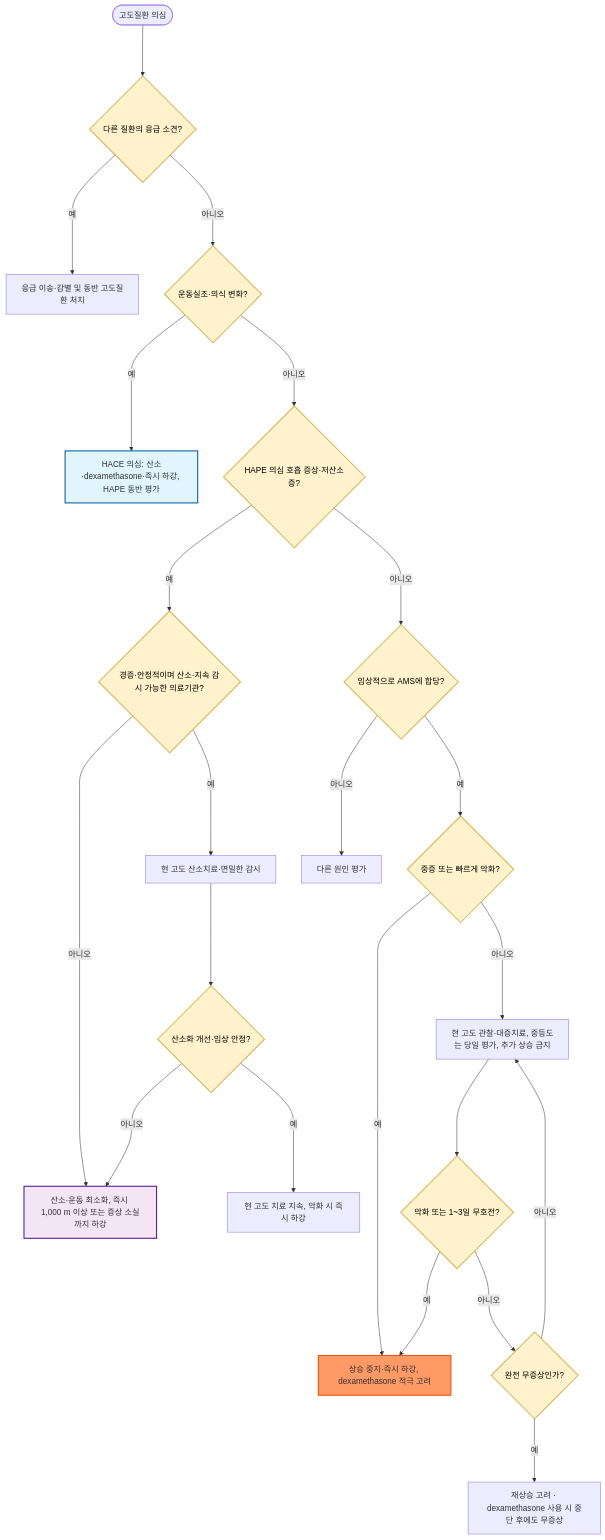
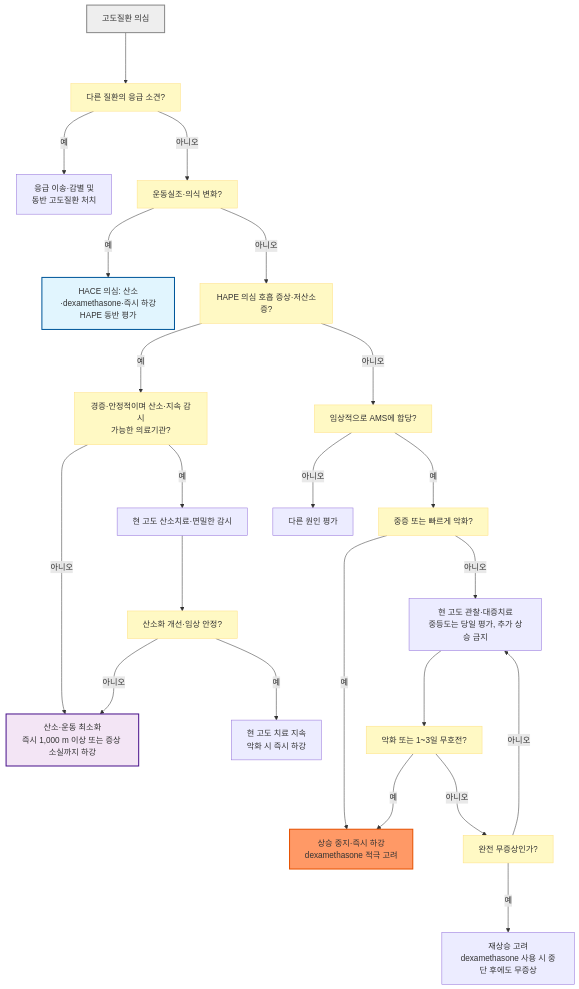
One commit to familyoh77/familyoh77 changed the diagram in 230_/209_-high-altitude-sickness.md. Above: the diagram before and after it, drawn with Mermaid. The commit also changed other lines of this file and 4 other files, not shown here.

````diff
--- a/230_/209_-high-altitude-sickness.md
+++ b/230_/209_-high-altitude-sickness.md
@@ -136,29 +133,30 @@
 ```mermaid
 flowchart TD
-    A(["고도질환 의심"]) ---> R{"다른 질환의 응급 소견?"}
-    R --->|예| S["응급 이송·감별 및 동반 고도질환 처치"]
-    R --->|아니오| B{"운동실조·의식 변화?"}
-    B --->|예| C["HACE 의심: 산소·dexamethasone·즉시 하강, HAPE 동반 평가"]
-    B --->|아니오| D{"HAPE 의심 호흡 증상·저산소증?"}
-    D --->|예| M{"경증·안정적이며 산소·지속 감시 가능한 의료기관?"}
-    M --->|아니오| E["산소·운동 최소화, 즉시 1,000 m 이상 또는 증상 소실까지 하강"]
-    M --->|예| N["현 고도 산소치료·면밀한 감시"]
-    N ---> O{"산소화 개선·임상 안정?"}
-    O --->|아니오| E
-    O --->|예| P["현 고도 치료 지속, 악화 시 즉시 하강"]
-    D --->|아니오| F{"임상적으로 AMS에 합당?"}
-    F --->|아니오| G["다른 원인 평가"]
-    F --->|예| H{"중증 또는 빠르게 악화?"}
-    H --->|예| I["상승 중지·즉시 하강, dexamethasone 적극 고려"]
-    H --->|아니오| J["현 고도 관찰·대증치료, 중등도는 당일 평가, 추가 상승 금지"]
-    J ---> K{"악화 또는 1~3일 무호전?"}
-    K --->|예| I
-    K --->|아니오| U{"완전 무증상인가?"}
-    U --->|아니오| J
-    U --->|예| L["재상승 고려 · dexamethasone 사용 시 중단 후에도 무증상"]
-    classDef decision fill:#fff2cc,stroke:#d6b656,stroke-width:2px,color:#000
-    class R,B,D,F,H,K,M,O,U decision
+    A["고도질환 의심"] ---> R["다른 질환의 응급 소견?"]
+    R --->|"예"| S["응급 이송·감별 및<br>동반 고도질환 처치"]
+    R --->|"아니오"| B["운동실조·의식 변화?"]
+    B --->|"예"| C["HACE 의심: 산소·dexamethasone·즉시 하강<br>HAPE 동반 평가"]
+    B --->|"아니오"| D["HAPE 의심 호흡 증상·저산소증?"]
+    D --->|"예"| M["경증·안정적이며 산소·지속 감시<br>가능한 의료기관?"]
+    M --->|"아니오"| E["산소·운동 최소화<br>즉시 1,000 m 이상 또는 증상 소실까지 하강"]
+    M --->|"예"| N["현 고도 산소치료·면밀한 감시"]
+    N ---> O["산소화 개선·임상 안정?"]
+    O --->|"아니오"| E
+    O --->|"예"| P["현 고도 치료 지속<br>악화 시 즉시 하강"]
+    D --->|"아니오"| F["임상적으로 AMS에 합당?"]
+    F --->|"아니오"| G["다른 원인 평가"]
+    F --->|"예"| H["중증 또는 빠르게 악화?"]
+    H --->|"예"| I["상승 중지·즉시 하강<br>dexamethasone 적극 고려"]
+    H --->|"아니오"| J["현 고도 관찰·대증치료<br>중등도는 당일 평가, 추가 상승 금지"]
+    J ---> K["악화 또는 1~3일 무호전?"]
+    K --->|"예"| I
+    K --->|"아니오"| U["완전 무증상인가?"]
+    U --->|"아니오"| J
+    U --->|"예"| L["재상승 고려<br>dexamethasone 사용 시 중단 후에도 무증상"]
+    classDef question fill:#fff9c4,stroke:#ffe082
+    class R,B,D,F,H,K,M,O,U question
+    style A fill:#eeeeee,stroke:#888888,stroke-width:2px
     style C fill:#e1f5fe,stroke:#01579b,stroke-width:2px
     style E fill:#f3e5f5,stroke:#4a148c,stroke-width:2px
     style I fill:#f96,stroke:#e65100,stroke-width:2px
 ```
````
